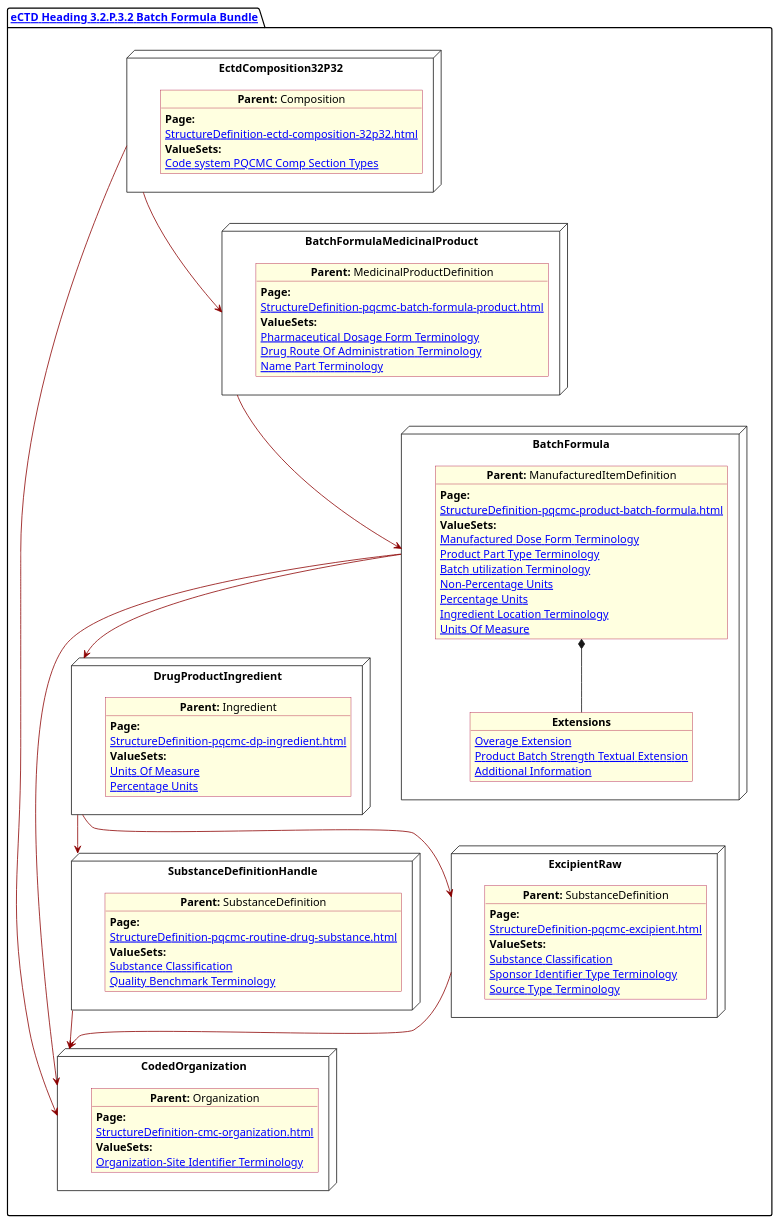
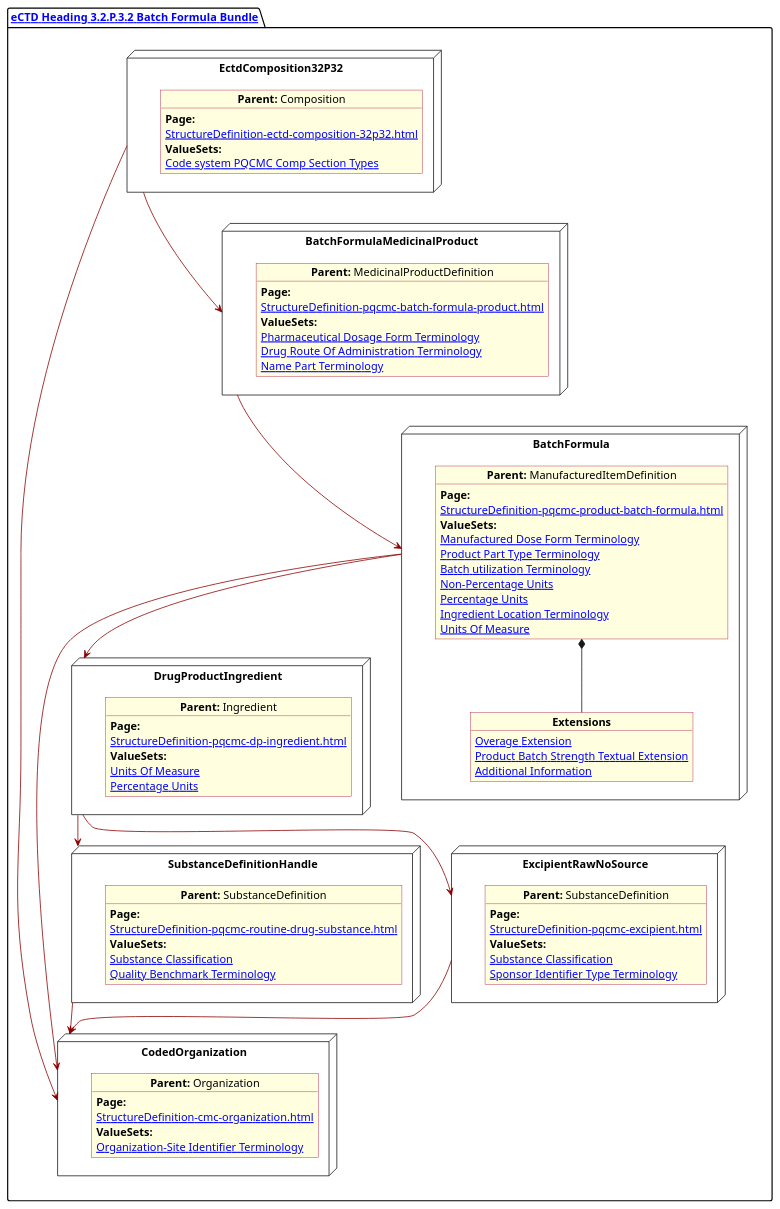
One commit to HL7/FHIR-us-pq-cmc-fda changed the diagram in input/images-source/BatchForm.plantuml. Above: the diagram before and after it, drawn with PlantUML. The commit also changed 9 other files, not shown here.

```diff
--- a/input/images-source/BatchForm.plantuml
+++ b/input/images-source/BatchForm.plantuml
@@ -1,116 +1,115 @@
 @startuml BatchForm
 allowmixing
 'Mixed model of use case and object
 skinparam svgDimensionStyle false
 skinparam ObjectBackgroundColor LightYellow
 skinparam ObjectBorderColor #A80036
 skinparam activityDiamondBorderColor #A80036
 skinparam activityDiamondBackgroundColor lawnGreen
 skinparam ClassBorderThickness 4
 
 package "[[StructureDefinition-cmc-ectd-document-32p32.html eCTD Heading 3.2.P.3.2 Batch Formula Bundle]]" as NODES {
 
 
   node "EctdComposition32P32" as N1 {
 
     object "**Parent:** Composition" as obj1 {
       **Page:**
       [[StructureDefinition-ectd-composition-32p32.html]]
       **ValueSets:**
       [[ValueSet-cmc-comp-section-types-vs.html Code system PQCMC Comp Section Types]]
     }
 
   }
   node "CodedOrganization" as NSO {
 
     object "**Parent:** Organization" as objAu {
       **Page:**
       [[StructureDefinition-cmc-organization.html]]
       **ValueSets:**
       [[ValueSet-pqcmc-org-identifier-type-terminology.html Organization-Site Identifier Terminology]]
     }
   }
 
   node "DrugProductIngredient" as NNgred {
 
     object "**Parent:** Ingredient" as obj10 {
       **Page:**
       [[StructureDefinition-pqcmc-dp-ingredient.html]]
       **ValueSets:**
       [[ValueSet-pqcmc-units-of-measure.html Units Of Measure]]
       [[ValueSet-pqcmc-org-identifier-type-terminology.html Percentage Units]]
     }
   }
 
   node "SubstanceDefinitionHandle" as NNS {
 
     object "**Parent:** SubstanceDefinition" as obj4 {
       **Page:**
       [[StructureDefinition-pqcmc-routine-drug-substance.html]]
       **ValueSets:**
       [[ValueSet-substance-classification.html Substance Classification]]
       [[ValueSet-pqcmc-quality-benchmark-terminology.html Quality Benchmark Terminology]]
     }
 
   }
 
-  node "ExcipientRaw" as NNSEx {
+  node "ExcipientRawNoSource" as NNSEx {
 
     object "**Parent:** SubstanceDefinition" as obj42 {
       **Page:**
       [[StructureDefinition-pqcmc-excipient.html]]
       **ValueSets:**
       [[ValueSet-substance-classification.html Substance Classification]]
       [[ValueSet-pqcmc-org-identifier-type-terminology.html Sponsor Identifier Type Terminology]]
-      [[ValueSet-pqcmc-source-type-terminology.html Source Type Terminology]]
     }
 
   }
 
   node "BatchFormulaMedicinalProduct" as NN2 {
 
     object "**Parent:** MedicinalProductDefinition" as obj32 {
       **Page:**
       [[StructureDefinition-pqcmc-batch-formula-product.html]]
       **ValueSets:**
       [[ValueSet-spl-pharmaceutical-dosage-form-terminology.html Pharmaceutical Dosage Form Terminology]]
       [[ValueSet-spl-drug-route-of-administration-terminology.html Drug Route Of Administration Terminology]]
       [[ValueSet-pqcmc-name-part-terminology.html Name Part Terminology]]
     }
   }
 
   node "BatchFormula" as NN {
 
     object "**Parent:** ManufacturedItemDefinition" as obj3 {
       **Page:**
       [[StructureDefinition-pqcmc-product-batch-formula.html]]
       **ValueSets:**
       [[ValueSet-pqcmc-manufactured-dose-form-terminology.html Manufactured Dose Form Terminology]]
       [[ValueSet-pqcmc-product-part-type.html Product Part Type Terminology]]
       [[ValueSet-pqcmc-batch-utilization-terminology.html Batch utilization Terminology]]
       [[ValueSet-pqcmc-non-percentage-units.html Non-Percentage Units]]
       [[ValueSet-pqcmc-percentage-units.html Percentage Units]]
       [[ValueSet-pqcmc-product-part-ingredient-physical-location.html Ingredient Location Terminology]]
       [[ValueSet-pqcmc-units-of-measure.html Units Of Measure]]
 
     }
 
     object "**Extensions**" as objExs2 {
       [[StructureDefinition-pq-overage-extension.html Overage Extension]]
       [[StructureDefinition-pq-product-batch-strength-textual-extension.html Product Batch Strength Textual Extension]]
       [[StructureDefinition-pq-additional-info-extension.html Additional Information]]
     }
 
     obj3 *-- objExs2
   }
   N1 -[#darkred]--> NSO
   N1 -[#darkred]-> NN2
   NNS -[#darkred]-> NSO
   NN -[#darkred]-> NSO
   NN -[#darkred]-> NNgred
   NN2 -[#darkred]-> NN
   NNgred -[#darkred]-> NNS
   NNgred -[#darkred]->NNSEx
   NNSEx -[#darkred]-> NSO
 }
 @enduml
```
